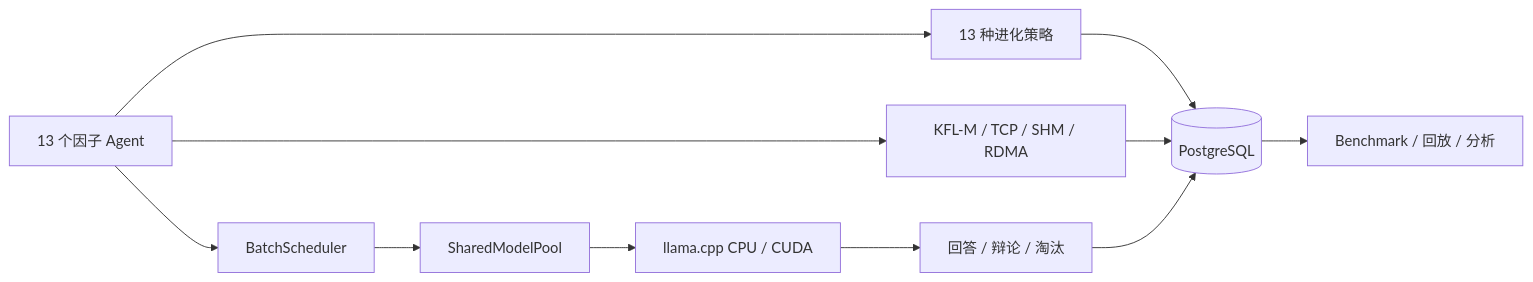
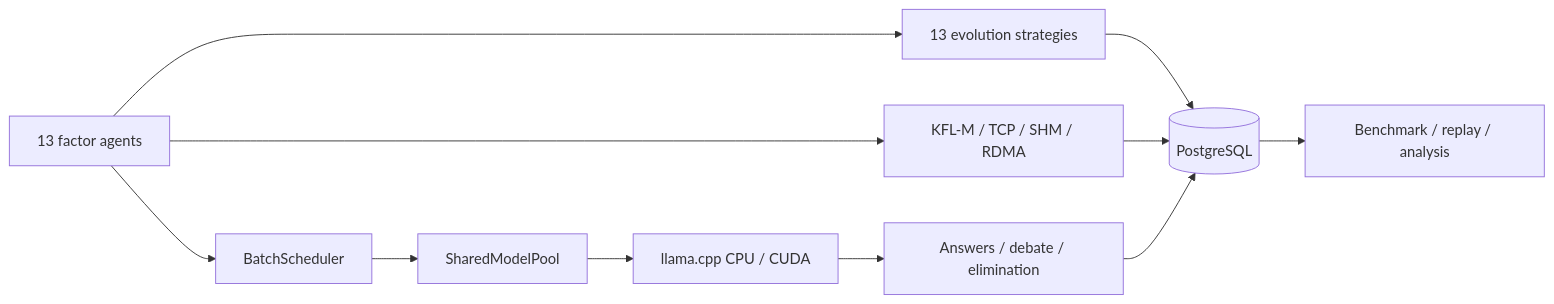
Before and after one commit to TanLB3396059837/civilization-spark: the diagram in README.md, drawn with Mermaid. The commit also changed other lines of this file and 2 other files, not shown here.

````diff
--- a/README.md
+++ b/README.md
@@ -47,13 +57,13 @@
 ```mermaid
 flowchart LR
-    A[13 个因子 Agent] --> B[BatchScheduler]
+    A[13 factor agents] --> B[BatchScheduler]
     B --> C[SharedModelPool]
     C --> D[llama.cpp CPU / CUDA]
-    A --> E[13 种进化策略]
+    A --> E[13 evolution strategies]
     A --> F[KFL-M / TCP / SHM / RDMA]
     E --> G[(PostgreSQL)]
     F --> G
-    D --> H[回答 / 辩论 / 淘汰]
+    D --> H[Answers / debate / elimination]
     H --> G
-    G --> I[Benchmark / 回放 / 分析]
+    G --> I[Benchmark / replay / analysis]
 ```
````
